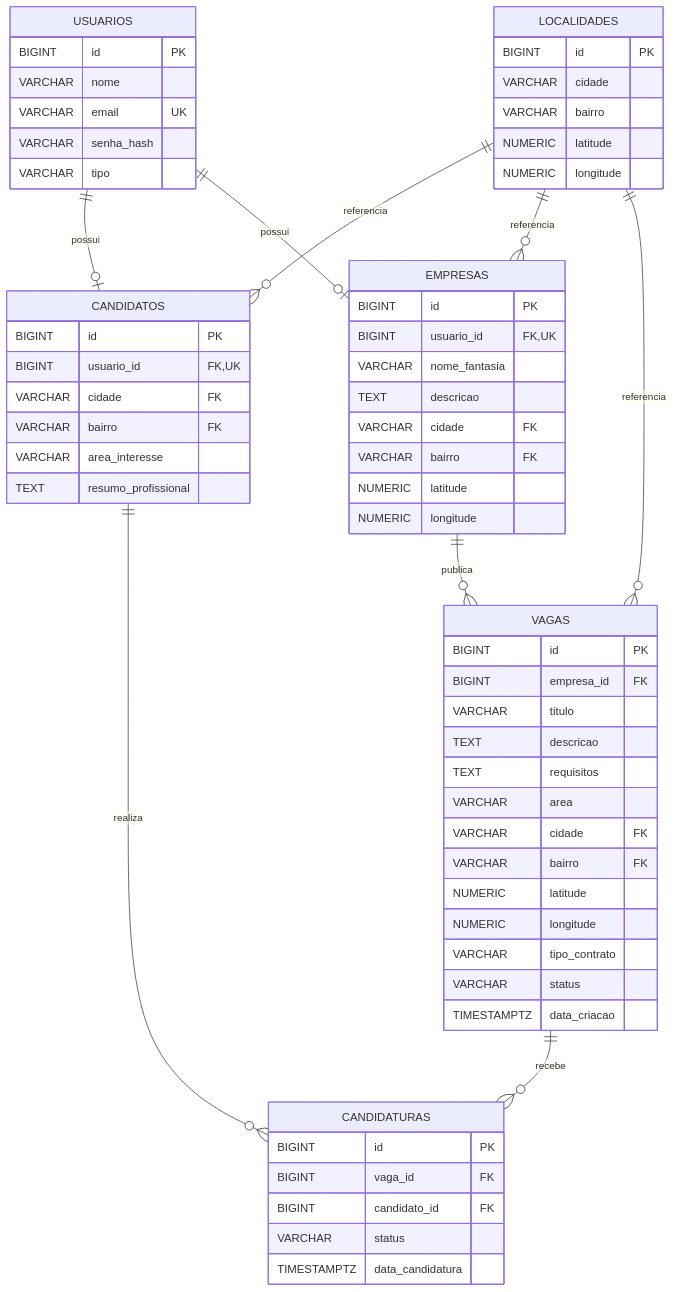
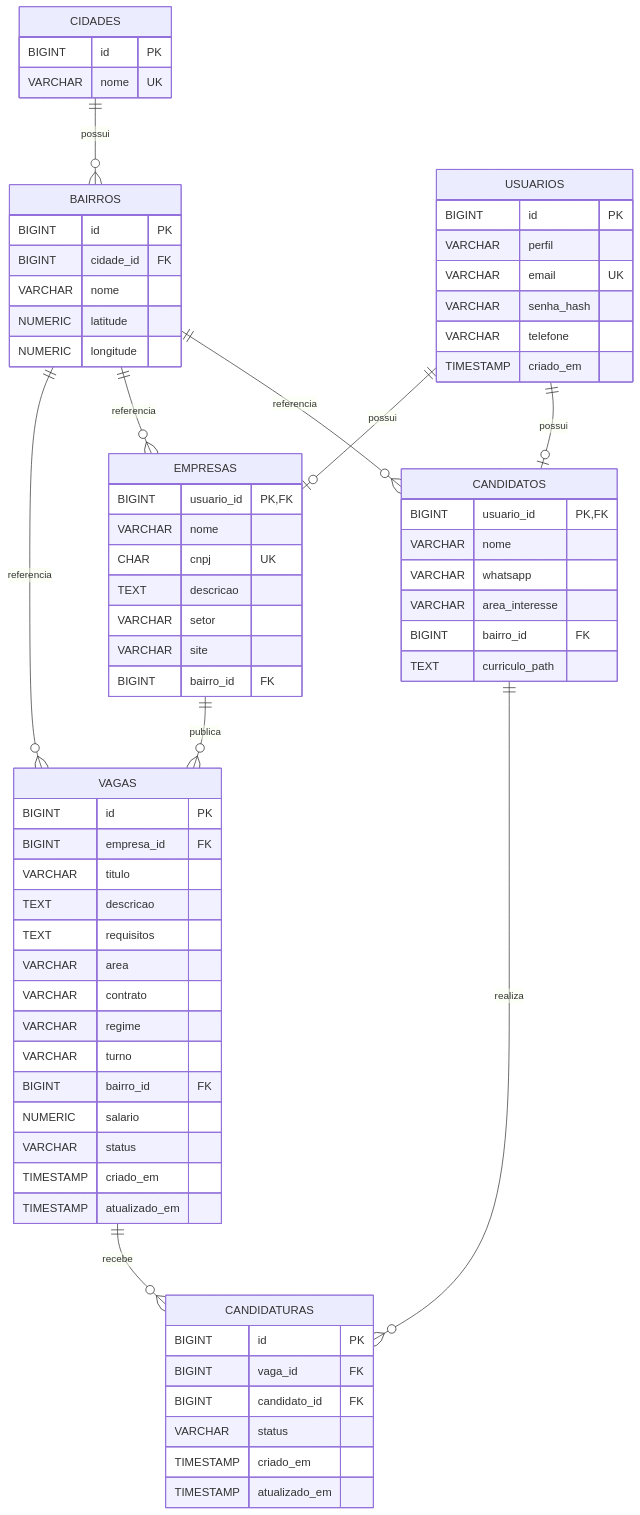
Before and after one commit to devfpedro/emprego-perto-de-voce: the diagram in database/DER.md, drawn with Mermaid. The commit also changed other lines of this file and 6 other files, not shown here.

````diff
--- a/database/DER.md
+++ b/database/DER.md
@@ -6,52 +7,59 @@
 ```mermaid
 erDiagram
 
+    CIDADES ||--o{ BAIRROS : possui
+
+    BAIRROS ||--o{ CANDIDATOS : referencia
+    BAIRROS ||--o{ EMPRESAS : referencia
+    BAIRROS ||--o{ VAGAS : referencia
+
     USUARIOS ||--o| CANDIDATOS : possui
     USUARIOS ||--o| EMPRESAS : possui
-
-    LOCALIDADES ||--o{ CANDIDATOS : referencia
-    LOCALIDADES ||--o{ EMPRESAS : referencia
-    LOCALIDADES ||--o{ VAGAS : referencia
 
     EMPRESAS ||--o{ VAGAS : publica
 
     CANDIDATOS ||--o{ CANDIDATURAS : realiza
     VAGAS ||--o{ CANDIDATURAS : recebe
 
-    USUARIOS {
+    CIDADES {
         BIGINT id PK
-        VARCHAR nome
-        VARCHAR email UK
-        VARCHAR senha_hash
-        VARCHAR tipo
+        VARCHAR nome UK
     }
 
-    LOCALIDADES {
+    BAIRROS {
         BIGINT id PK
-        VARCHAR cidade
-        VARCHAR bairro
+        BIGINT cidade_id FK
+        VARCHAR nome
         NUMERIC latitude
         NUMERIC longitude
     }
 
+    USUARIOS {
+        BIGINT id PK
+        VARCHAR perfil
+        VARCHAR email UK
+        VARCHAR senha_hash
+        VARCHAR telefone
+        TIMESTAMP criado_em
+    }
+
     CANDIDATOS {
-        BIGINT id PK
-        BIGINT usuario_id FK, UK
-        VARCHAR cidade FK
-        VARCHAR bairro FK
+        BIGINT usuario_id PK, FK
+        VARCHAR nome
+        VARCHAR whatsapp
         VARCHAR area_interesse
-        TEXT resumo_profissional
+        BIGINT bairro_id FK
+        TEXT curriculo_path
     }
 
     EMPRESAS {
-        BIGINT id PK
-        BIGINT usuario_id FK, UK
-        VARCHAR nome_fantasia
+        BIGINT usuario_id PK, FK
+        VARCHAR nome
+        CHAR cnpj UK
         TEXT descricao
-        VARCHAR cidade FK
-        VARCHAR bairro FK
-        NUMERIC latitude
-        NUMERIC longitude
+        VARCHAR setor
+        VARCHAR site
+        BIGINT bairro_id FK
     }
 
     VAGAS {
@@ -61,13 +69,14 @@
         TEXT descricao
         TEXT requisitos
         VARCHAR area
-        VARCHAR cidade FK
-        VARCHAR bairro FK
-        NUMERIC latitude
-        NUMERIC longitude
-        VARCHAR tipo_contrato
+        VARCHAR contrato
+        VARCHAR regime
+        VARCHAR turno
+        BIGINT bairro_id FK
+        NUMERIC salario
         VARCHAR status
-        TIMESTAMPTZ data_criacao
+        TIMESTAMP criado_em
+        TIMESTAMP atualizado_em
     }
 
     CANDIDATURAS {
@@ -75,6 +84,7 @@
         BIGINT vaga_id FK
         BIGINT candidato_id FK
         VARCHAR status
-        TIMESTAMPTZ data_candidatura
+        TIMESTAMP criado_em
+        TIMESTAMP atualizado_em
     }
 ```
````
